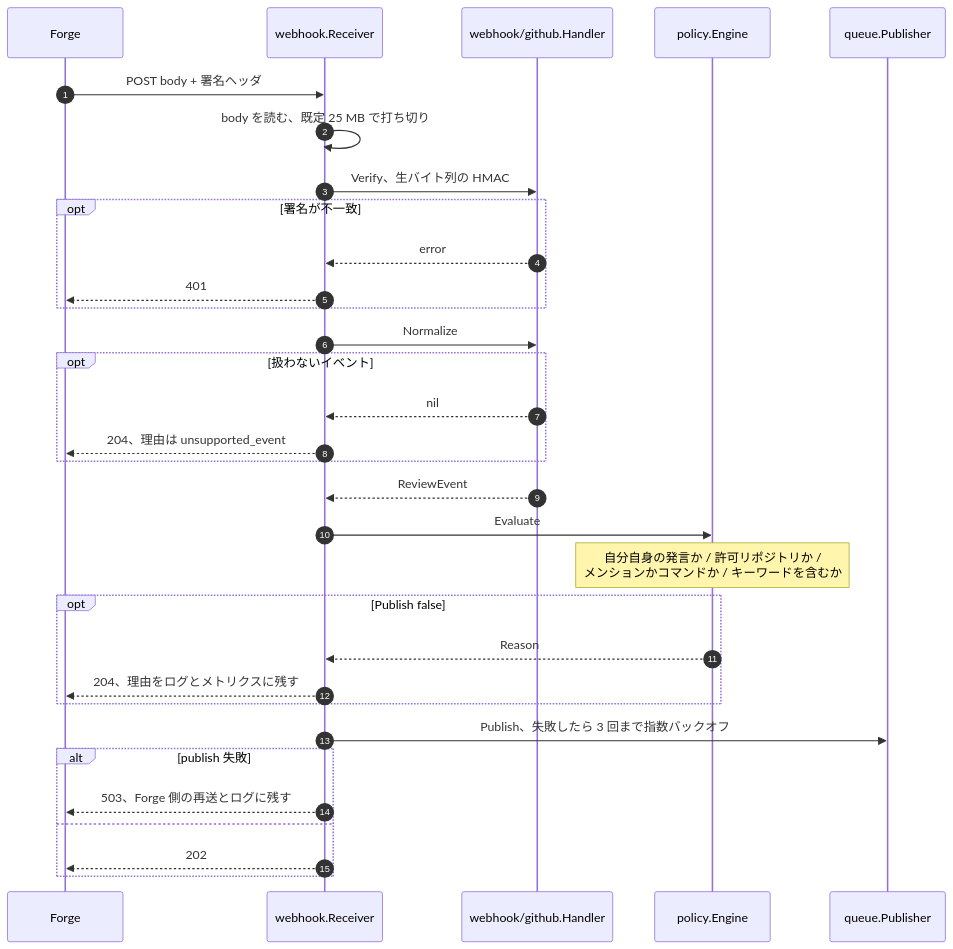
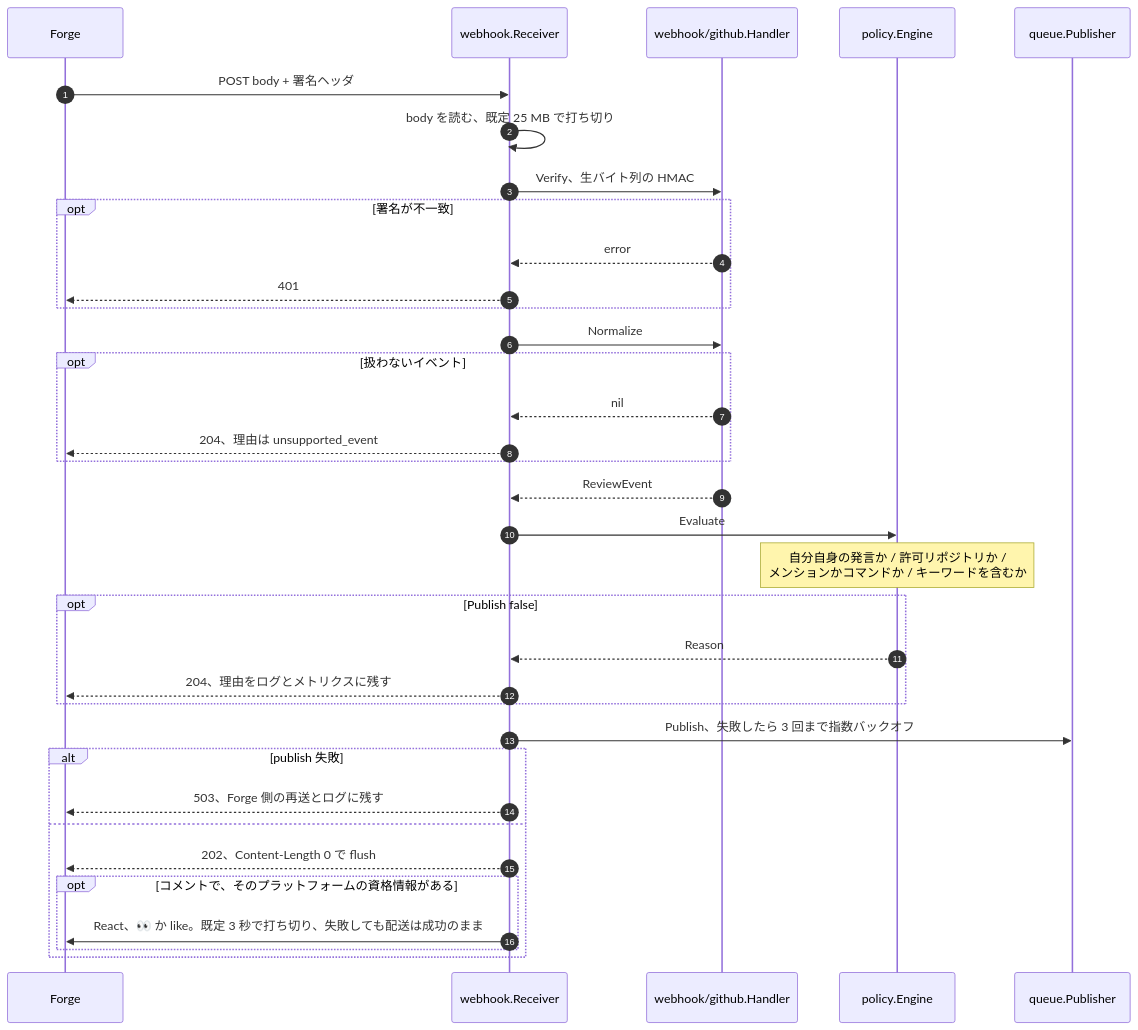
One commit to yteraoka/kibitz changed the second of 8 diagrams in docs/review-flow.md. Above: the diagram before and after it, drawn with Mermaid. The commit also changed other lines of this file and 35 other files, not shown here.

````diff
--- a/docs/review-flow.md
+++ b/docs/review-flow.md
@@ -59,35 +62,38 @@
 ```mermaid
 sequenceDiagram
     autonumber
     participant Forge
     participant R as webhook.Receiver
     participant H as webhook/github.Handler
     participant P as policy.Engine
     participant Q as queue.Publisher
 
     Forge->>R: POST body + 署名ヘッダ
     R->>R: body を読む、既定 25 MB で打ち切り
     R->>H: Verify、生バイト列の HMAC
     opt 署名が不一致
         H-->>R: error
         R-->>Forge: 401
     end
     R->>H: Normalize
     opt 扱わないイベント
         H-->>R: nil
         R-->>Forge: 204、理由は unsupported_event
     end
     H-->>R: ReviewEvent
     R->>P: Evaluate
     Note over P: 自分自身の発言か / 許可リポジトリか /<br/>メンションかコマンドか / キーワードを含むか
     opt Publish false
         P-->>R: Reason
         R-->>Forge: 204、理由をログとメトリクスに残す
     end
     R->>Q: Publish、失敗したら 3 回まで指数バックオフ
     alt publish 失敗
         R-->>Forge: 503、Forge 側の再送とログに残す
     else
-        R-->>Forge: 202
+        R-->>Forge: 202、Content-Length 0 で flush
+        opt コメントで、そのプラットフォームの資格情報がある
+            R->>Forge: React、👀 か like。既定 3 秒で打ち切り、失敗しても配送は成功のまま
+        end
     end
 ```
````
